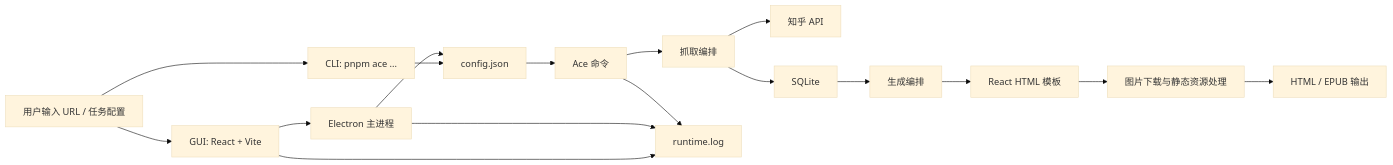
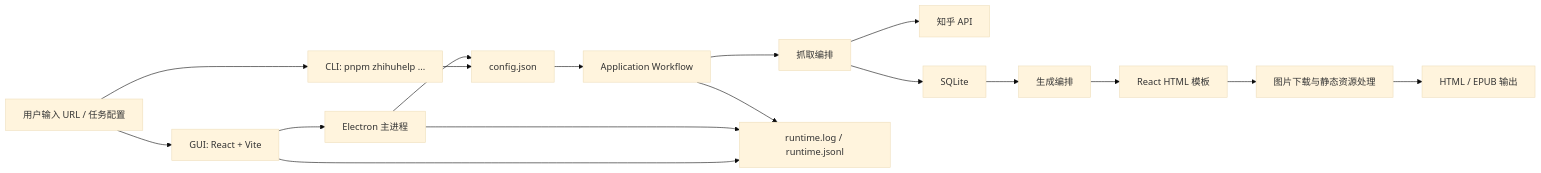
Before and after one commit to YaoZeyuan/zhihuhelp: the first of 4 diagrams in doc/项目架构与工作流.md, drawn with Mermaid (base theme). The commit also changed other lines of this file and 34 other files, not shown here.

````diff
--- a/doc/项目架构与工作流.md
+++ b/doc/项目架构与工作流.md
@@ -18,19 +18,19 @@
 ```mermaid
 flowchart LR
   User["用户输入 URL / 任务配置"] --> GUI["GUI: React + Vite"]
-  User --> CLI["CLI: pnpm ace ..."]
+  User --> CLI["CLI: pnpm zhihuhelp ..."]
   GUI --> Electron["Electron 主进程"]
   Electron --> Config["config.json"]
   CLI --> Config
-  Config --> Ace["Ace 命令"]
-  Ace --> Fetch["抓取编排"]
+  Config --> Workflow["Application Workflow"]
+  Workflow --> Fetch["抓取编排"]
   Fetch --> Zhihu["知乎 API"]
   Fetch --> DB["SQLite"]
   DB --> Generate["生成编排"]
   Generate --> Render["React HTML 模板"]
   Render --> Assets["图片下载与静态资源处理"]
   Assets --> Output["HTML / EPUB 输出"]
-  Ace --> Log["runtime.log"]
+  Workflow --> Log["runtime.log / runtime.jsonl"]
   Electron --> Log
   GUI --> Log
 ```
````
